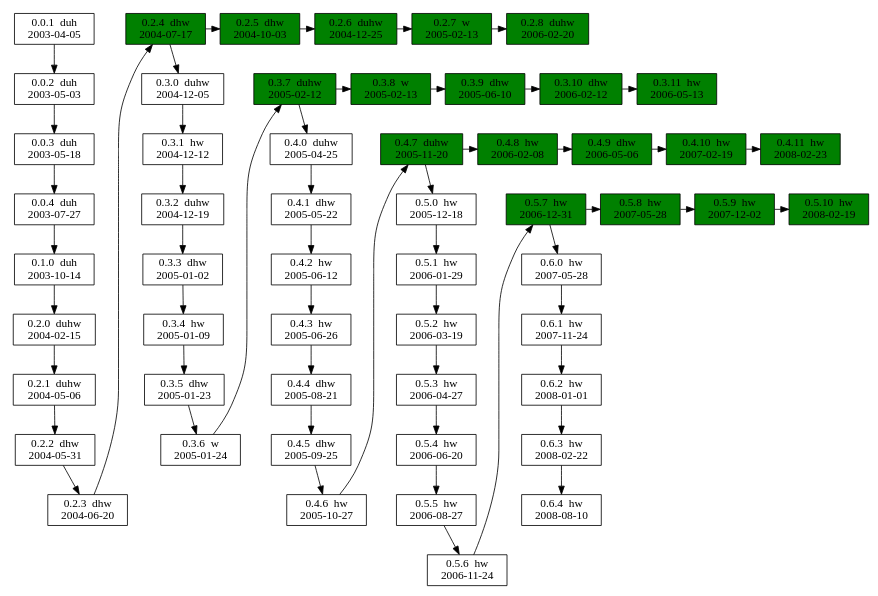
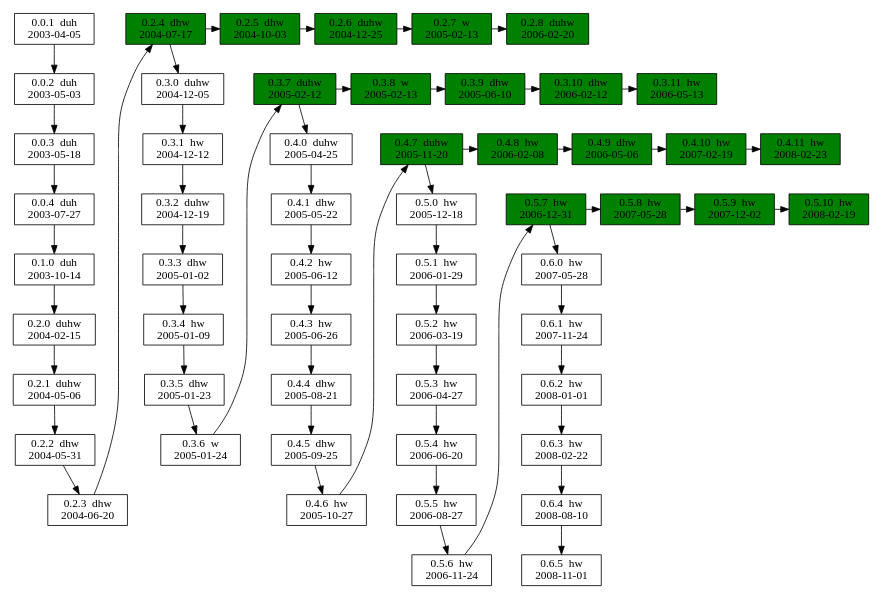
The diagram in www/versions.dot (vanhoefm/krackattacks-scripts), drawn with Graphviz before and after one commit. The commit also changed 6 other files, not shown here.

```diff
--- a/www/versions.dot
+++ b/www/versions.dot
@@ -1,98 +1,99 @@
 digraph versions {
 	size="10,6"
 #	rankdir=LR
 
 # development releases
 
 	node [shape=box]
 	v001 [label="0.0.1  duh\n2003-04-05"]
 	v002 [label="0.0.2  duh\n2003-05-03"]
 	v003 [label="0.0.3  duh\n2003-05-18"]
 	v004 [label="0.0.4  duh\n2003-07-27"]
 	v010 [label="0.1.0  duh\n2003-10-14"]
 	v020 [label="0.2.0  duhw\n2004-02-15"]
 	v021 [label="0.2.1  duhw\n2004-05-06"]
 	v022 [label="0.2.2  dhw\n2004-05-31"]
 	v023 [label="0.2.3  dhw\n2004-06-20"]
 	v030 [label="0.3.0  duhw\n2004-12-05"]
 	v031 [label="0.3.1  hw\n2004-12-12"]
 	v032 [label="0.3.2  duhw\n2004-12-19"]
 	v033 [label="0.3.3  dhw\n2005-01-02"]
 	v034 [label="0.3.4  hw\n2005-01-09"]
 	v035 [label="0.3.5  dhw\n2005-01-23"]
 	v036 [label="0.3.6  w\n2005-01-24"]
 
 	v040 [label="0.4.0  duhw\n2005-04-25"]
 	v041 [label="0.4.1  dhw\n2005-05-22"]
 	v042 [label="0.4.2  hw\n2005-06-12"]
 	v043 [label="0.4.3  hw\n2005-06-26"]
 	v044 [label="0.4.4  dhw\n2005-08-21"]
 	v045 [label="0.4.5  dhw\n2005-09-25"]
 	v046 [label="0.4.6  hw\n2005-10-27"]
 	v050 [label="0.5.0  hw\n2005-12-18"]
 	v051 [label="0.5.1  hw\n2006-01-29"]
 	v052 [label="0.5.2  hw\n2006-03-19"]
 	v053 [label="0.5.3  hw\n2006-04-27"]
 	v054 [label="0.5.4  hw\n2006-06-20"]
 	v055 [label="0.5.5  hw\n2006-08-27"]
 	v056 [label="0.5.6  hw\n2006-11-24"]
 	v060 [label="0.6.0  hw\n2007-05-28"]
 	v061 [label="0.6.1  hw\n2007-11-24"]
 	v062 [label="0.6.2  hw\n2008-01-01"]
 	v063 [label="0.6.3  hw\n2008-02-22"]
 	v064 [label="0.6.4  hw\n2008-08-10"]
+	v065 [label="0.6.5  hw\n2008-11-01"]
 
 # stable releases
 
 	node [fillcolor=green style=filled]
 	v024 [label="0.2.4  dhw\n2004-07-17"]
 	v025 [label="0.2.5  dhw\n2004-10-03"]
 	v026 [label="0.2.6  duhw\n2004-12-25"]
 	v027 [label="0.2.7  w\n2005-02-13"]
 	v028 [label="0.2.8  duhw\n2006-02-20"]
 	v037 [label="0.3.7  duhw\n2005-02-12"]
 	v038 [label="0.3.8  w\n2005-02-13"]
 	v039 [label="0.3.9  dhw\n2005-06-10"]
 	v0310 [label="0.3.10  dhw\n2006-02-12"]
 	v0311 [label="0.3.11  hw\n2006-05-13"]
 	v047 [label="0.4.7  duhw\n2005-11-20"]
 	v048 [label="0.4.8  hw\n2006-02-08"]
 	v049 [label="0.4.9  dhw\n2006-05-06"]
 	v0410 [label="0.4.10  hw\n2007-02-19"]
 	v0411 [label="0.4.11  hw\n2008-02-23"]
 	v057 [label="0.5.7  hw\n2006-12-31"]
 	v058 [label="0.5.8  hw\n2007-05-28"]
 	v059 [label="0.5.9  hw\n2007-12-02"]
 	v0510 [label="0.5.10  hw\n2008-02-19"]
 
 # development releases
 
 	v001 -> v002 -> v003 -> v004
 	v004 -> v010 -> v020 -> v021 -> v022 -> v023 -> v024
 	v024 -> v030 -> v031 -> v032 -> v033 -> v034 -> v035 -> v036 -> v037
 	v037 -> v040 -> v041 -> v042 -> v043 -> v044 -> v045 -> v046 -> v047
 	v047 -> v050 -> v051 -> v052 -> v053 -> v054 -> v055 -> v056 -> v057
-	v057 -> v060 -> v061 -> v062 -> v063 -> v064
+	v057 -> v060 -> v061 -> v062 -> v063 -> v064 -> v065
 
 	{rank=same; v001 v024}
 	{rank=same; v030 v037}
 	{rank=same; v040 v047}
 	{rank=same; v050 v057}
-#	{rank=same; v060 v064}
+#	{rank=same; v060 v065}
 
 # stable releases
 
 	v024 -> v025 -> v026 -> v027 -> v028
 	v037 -> v038 -> v039 -> v0310 -> v0311
 	v047 -> v048 -> v049 -> v0410 -> v0411
 	v057 -> v058 -> v059 -> v0510
 
 	{rank=same; v024 v025 v026 v027 v028}
 	{rank=same; v037 v038 v039 v0310 v0311}
 	{rank=same; v047 v048 v049 v0410 v0411}
 	{rank=same; v057 v058 v059 v0510}
 
 #	edge [style=dashed,color=red]
 #	v030 -> v036
 
 }
```
